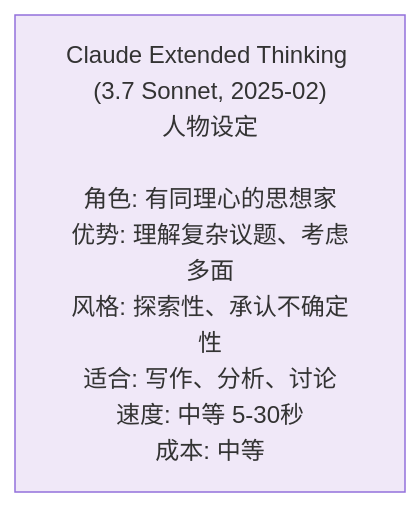
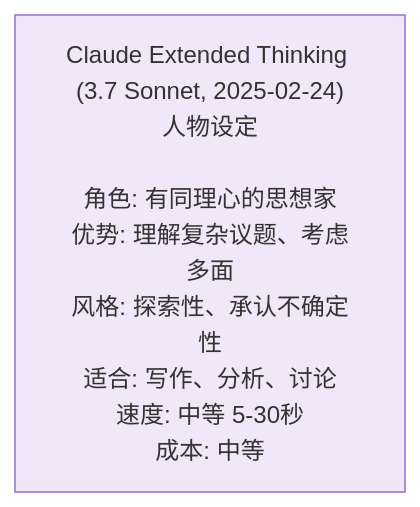
The fourth of 9 diagrams in 07_reasoning_models/7.4_major_reasoning_models.md (changsongyang/ai_beginner_guide), drawn with Mermaid before and after one commit. The commit also changed other lines of this file and 10 other files, not shown here.

````diff
--- a/07_reasoning_models/7.4_major_reasoning_models.md
+++ b/07_reasoning_models/7.4_major_reasoning_models.md
@@ -109,5 +109,5 @@
 ```mermaid
 graph LR
-    A["Claude Extended Thinking (3.7 Sonnet, 2025-02)<br/>人物设定<br/><br/>角色: 有同理心的思想家<br/>优势: 理解复杂议题、考虑多面<br/>风格: 探索性、承认不确定性<br/>适合: 写作、分析、讨论<br/>速度: 中等 5-30秒<br/>成本: 中等"]
+    A["Claude Extended Thinking (3.7 Sonnet, 2025-02-24)<br/>人物设定<br/><br/>角色: 有同理心的思想家<br/>优势: 理解复杂议题、考虑多面<br/>风格: 探索性、承认不确定性<br/>适合: 写作、分析、讨论<br/>速度: 中等 5-30秒<br/>成本: 中等"]
     style A fill:#F0E8F8
 ```
````
